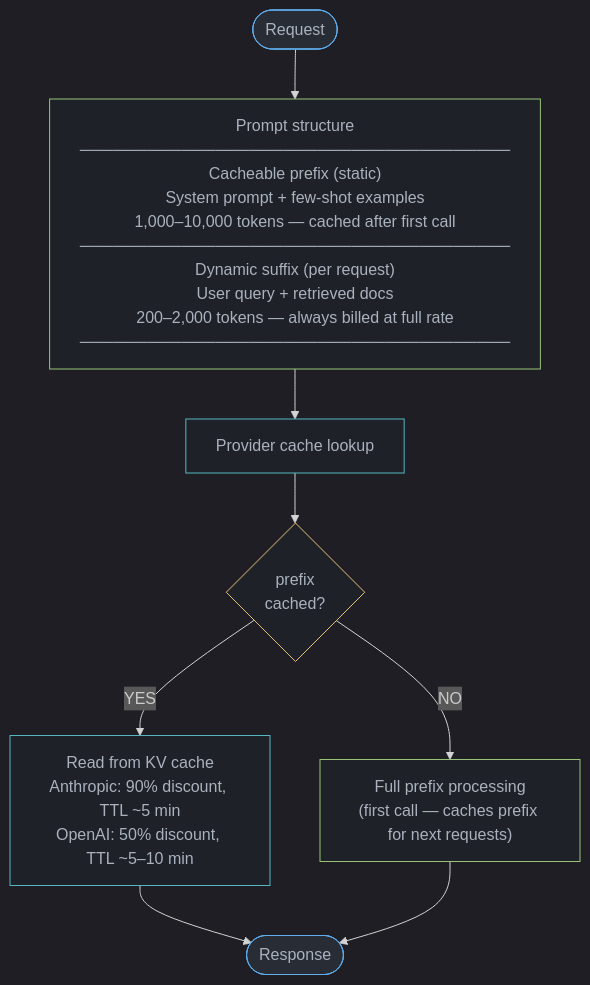
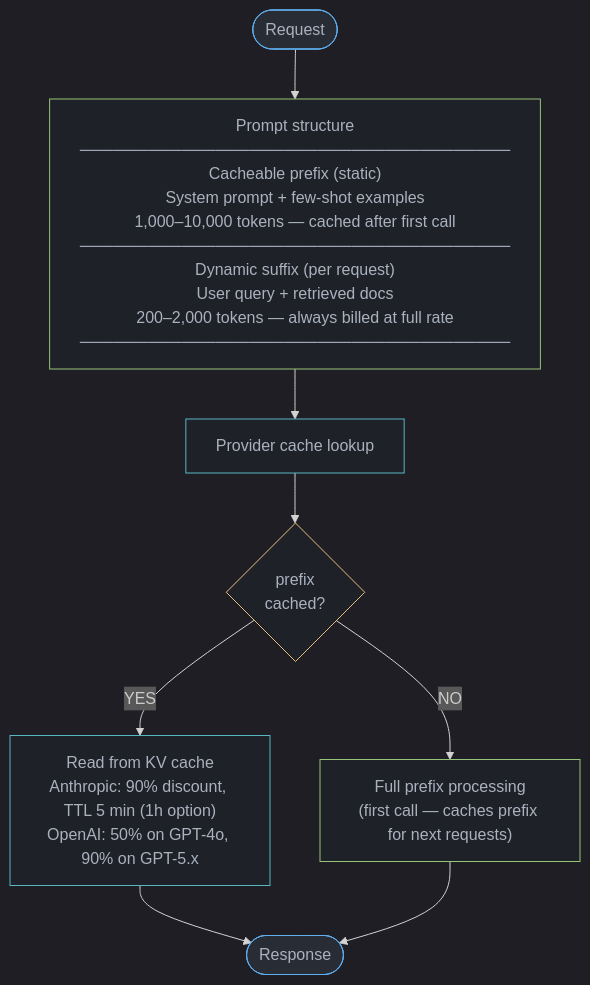
One commit to rppol/system-design changed the second of 2 diagrams in src/main/java/com/rutik/systemdesign/llm/token_economics_and_cost_optimization/README.md. Above: the diagram before and after it, drawn with Mermaid. The commit also changed other lines of this file and 113 other files, not shown here.

````diff
--- a/src/main/java/com/rutik/systemdesign/llm/token_economics_and_cost_optimization/README.md
+++ b/src/main/java/com/rutik/systemdesign/llm/token_economics_and_cost_optimization/README.md
@@ -349,20 +379,20 @@
 ```mermaid
 %%{init: {'flowchart': {'curve': 'basis'}, 'theme': 'dark'}}%%
 flowchart TD
     Req([Request]) --> Split
     Split["Prompt structure\n──────────────────────────────────────\nCacheable prefix (static)\nSystem prompt + few-shot examples\n1,000–10,000 tokens — cached after first call\n──────────────────────────────────────\nDynamic suffix (per request)\nUser query + retrieved docs\n200–2,000 tokens — always billed at full rate\n──────────────────────────────────────"] --> Lookup
     Lookup["Provider cache lookup"] --> Hit{"prefix\ncached?"}
-    Hit -- YES --> Discount["Read from KV cache\nAnthropic: 90% discount, TTL ~5 min\nOpenAI: 50% discount, TTL ~5–10 min"] --> Response([Response])
+    Hit -- YES --> Discount["Read from KV cache\nAnthropic: 90% discount, TTL 5 min (1h option)\nOpenAI: 50% on GPT-4o, 90% on GPT-5.x"] --> Response([Response])
     Hit -- NO --> Full["Full prefix processing\n(first call — caches prefix for next requests)"] --> Response
 
     classDef io     fill:#282c34,stroke:#61afef,color:#abb2bf
     classDef proc   fill:#1e2127,stroke:#98c379,color:#abb2bf
     classDef store  fill:#1e2127,stroke:#56b6c2,color:#abb2bf
     classDef decide fill:#1e2127,stroke:#e5c07b,color:#abb2bf
 
     class Req,Response io
     class Split proc
     class Lookup,Discount store
     class Hit decide
     class Full proc
 ```
````
